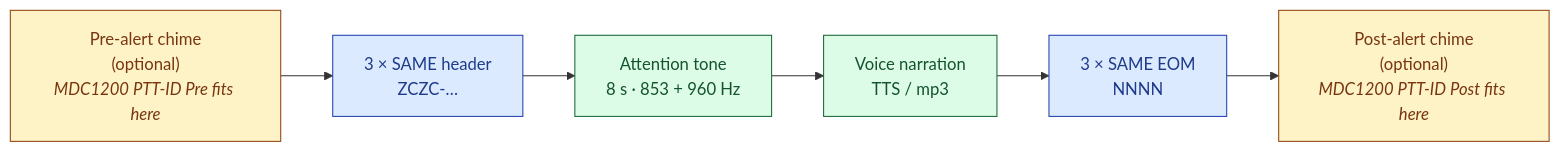
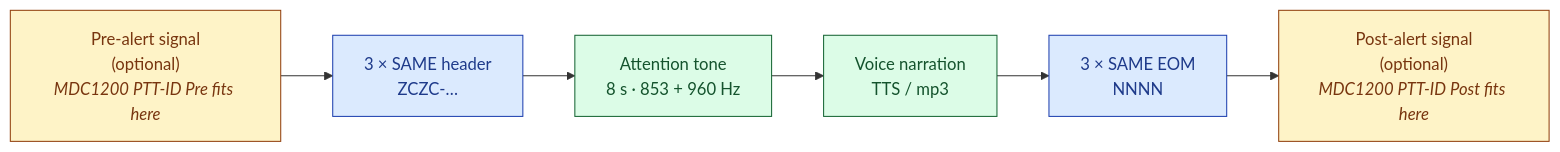
One commit to KR8MER/eas-station changed the diagram in docs/reference/protocols/README.md. Above: the diagram before and after it, drawn with Mermaid. The commit also changed other lines of this file and 12 other files, not shown here.

First line of the commit message:
docs: rename ALERT_CHIMES.md → ALERT_SIGNALS.md; replace chime→signal in all user-facing text

````diff
--- a/docs/reference/protocols/README.md
+++ b/docs/reference/protocols/README.md
@@ -29,18 +29,18 @@
 ```mermaid
 flowchart LR
-    PRE["Pre-alert chime<br/>(optional)<br/><i>MDC1200 PTT-ID Pre fits here</i>"]
+    PRE["Pre-alert signal<br/>(optional)<br/><i>MDC1200 PTT-ID Pre fits here</i>"]
     SAME["3 × SAME header<br/>ZCZC-…"]
     TONE["Attention tone<br/>8 s · 853 + 960 Hz"]
     VOICE["Voice narration<br/>TTS / mp3"]
     EOM["3 × SAME EOM<br/>NNNN"]
-    POST["Post-alert chime<br/>(optional)<br/><i>MDC1200 PTT-ID Post fits here</i>"]
+    POST["Post-alert signal<br/>(optional)<br/><i>MDC1200 PTT-ID Post fits here</i>"]
 
     PRE --> SAME --> TONE --> VOICE --> EOM --> POST
 
-    classDef chime fill:#fef3c7,stroke:#92400e,color:#78350f;
+    classDef signal fill:#fef3c7,stroke:#92400e,color:#78350f;
     classDef same fill:#dbeafe,stroke:#1e40af,color:#1e3a8a;
     classDef voice fill:#dcfce7,stroke:#166534,color:#14532d;
-    class PRE,POST chime;
+    class PRE,POST signal;
     class SAME,EOM same;
     class TONE,VOICE voice;
 ```
````
